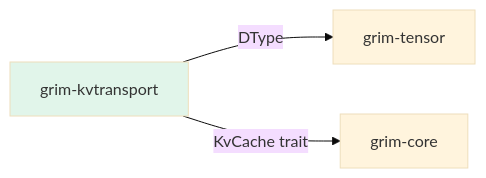
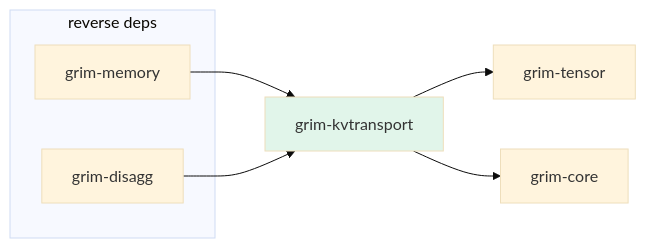
Before and after one commit to sydonayrex/grim: the diagram in crates/grim-kvtransport/README.md, drawn with Mermaid (base theme). The commit also changed other lines of this file and 55 other files, not shown here.

````diff
--- a/crates/grim-kvtransport/README.md
+++ b/crates/grim-kvtransport/README.md
@@ -22,7 +17,15 @@
 ```mermaid
 graph LR
-    A[grim-kvtransport] -->|DType| B[grim-tensor]
-    A -->|KvCache trait| C[grim-core]
-    
+    A[grim-kvtransport] --> B[grim-tensor]
+    A --> C[grim-core]
+
+    subgraph "reverse deps"
+        D1[grim-memory]
+        D2[grim-disagg]
+    end
+
+    D1 --> A
+    D2 --> A
+
     style A fill:#e1f5ea
 ```
````
